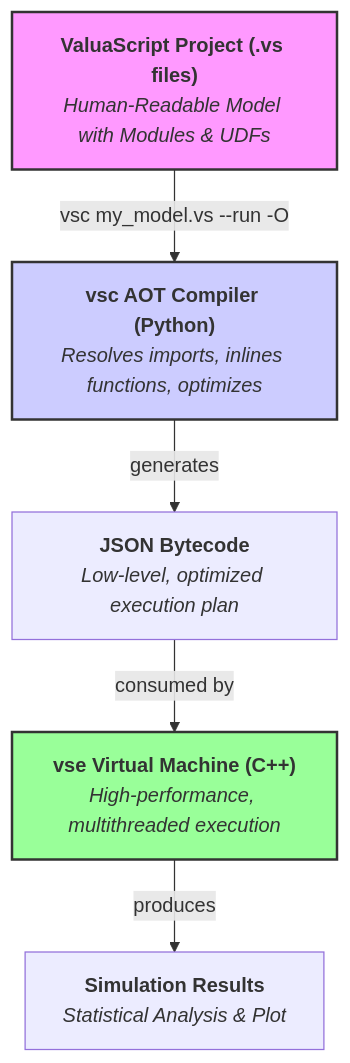
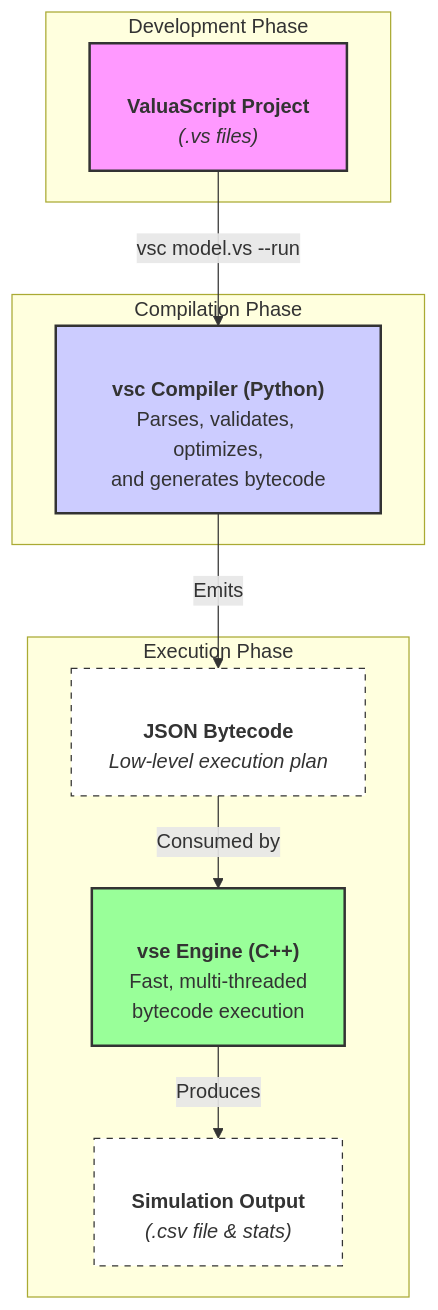
The diagram in extension/README.md (Alessio2704/monte-carlo-simulator), drawn with Mermaid before and after one commit. The commit also changed other lines of this file and 11 other files, not shown here.

````diff
--- a/extension/README.md
+++ b/extension/README.md
@@ -49,11 +87,25 @@
 ```mermaid
-graph TD;
-    A["<b>ValuaScript Project (.vs files)</b><br/><i>Human-Readable Model with Modules & UDFs</i>"] -- "vsc my_model.vs --run -O" --> B["<b>vsc AOT Compiler (Python)</b><br/><i>Resolves imports, inlines functions, optimizes</i>"];
-    B -- generates --> C["<b>JSON Bytecode</b><br/><i>Low-level, optimized execution plan</i>"];
-    C -- consumed by --> D["<b>vse Virtual Machine (C++)</b><br/><i>High-performance, multithreaded execution</i>"];
-    D -- produces --> E["<b>Simulation Results</b><br/><i>Statistical Analysis & Plot</i>"];
+graph TD
+    subgraph "Development Phase"
+        A["<br/><b>ValuaScript Project</b><br/><i>(.vs files)</i>"]
+    end
+    subgraph "Compilation Phase"
+        B["<br/><b>vsc Compiler (Python)</b><br/>Parses, validates, optimizes,<br/>and generates bytecode"]
+    end
+    subgraph "Execution Phase"
+        C["<br/><b>JSON Bytecode</b><br/><i>Low-level execution plan</i>"]
+        D["<br/><b>vse Engine (C++)</b><br/>Fast, multi-threaded<br/>bytecode execution"]
+        E["<br/><b>Simulation Output</b><br/><i>(.csv file & stats)</i>"]
+    end
+
+    A -- "vsc model.vs --run" --> B
+    B -- Emits --> C
+    C -- Consumed by --> D
+    D -- Produces --> E
 
     style A fill:#f9f,stroke:#333,stroke-width:2px
     style B fill:#ccf,stroke:#333,stroke-width:2px
     style D fill:#9f9,stroke:#333,stroke-width:2px
+    style C fill:#fff,stroke:#333,stroke-width:1px,stroke-dasharray: 5 5
+    style E fill:#fff,stroke:#333,stroke-width:1px,stroke-dasharray: 5 5
 ```
````
